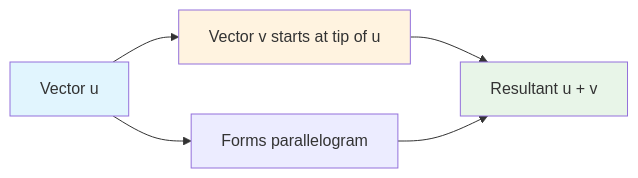
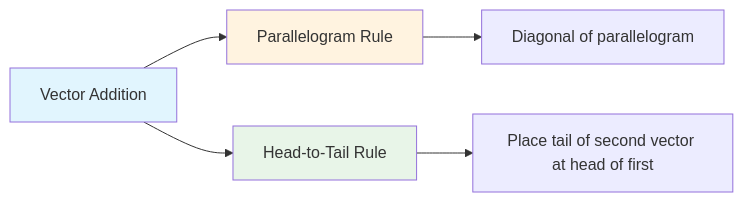
Before and after one commit to Chaklader/flower-image-classifier: the second of 6 diagrams in C_0.md, drawn with Mermaid. The commit also changed other lines of this file and 3 other files, not shown here.

````diff
--- a/C_0.md
+++ b/C_0.md
@@ -107,11 +165,11 @@
 ```mermaid
 graph LR
-    A["Vector u"] --> B["Vector v starts at tip of u"]
-    B --> C["Resultant u + v"]
-    A --> D["Forms parallelogram"]
-    D --> C
+    A["Vector Addition"] --> B["Parallelogram Rule"]
+    A --> C["Head-to-Tail Rule"]
+    B --> D["Diagonal of parallelogram"]
+    C --> E["Place tail of second vector at head of first"]
 
     style A fill:#E1F5FE
     style B fill:#FFF3E0
     style C fill:#E8F5E8
 ```
````
